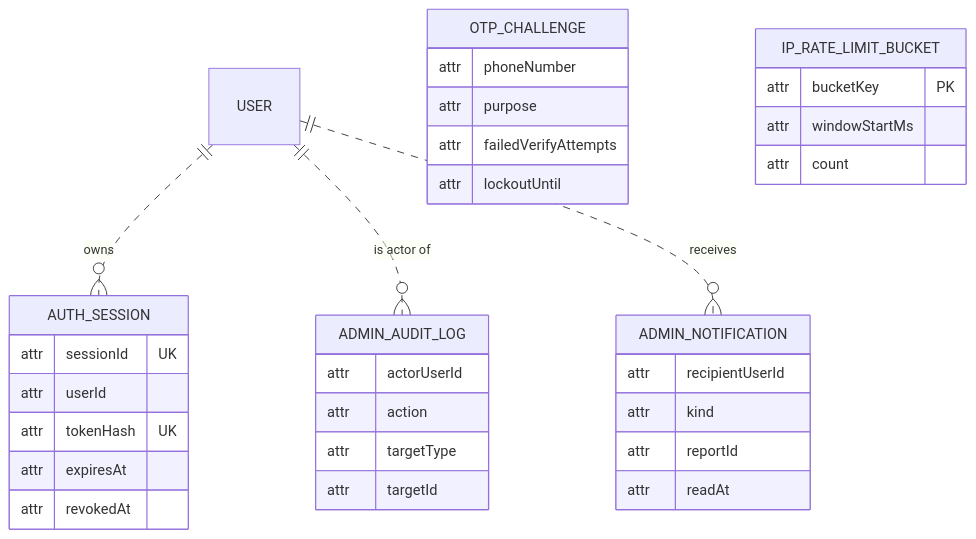
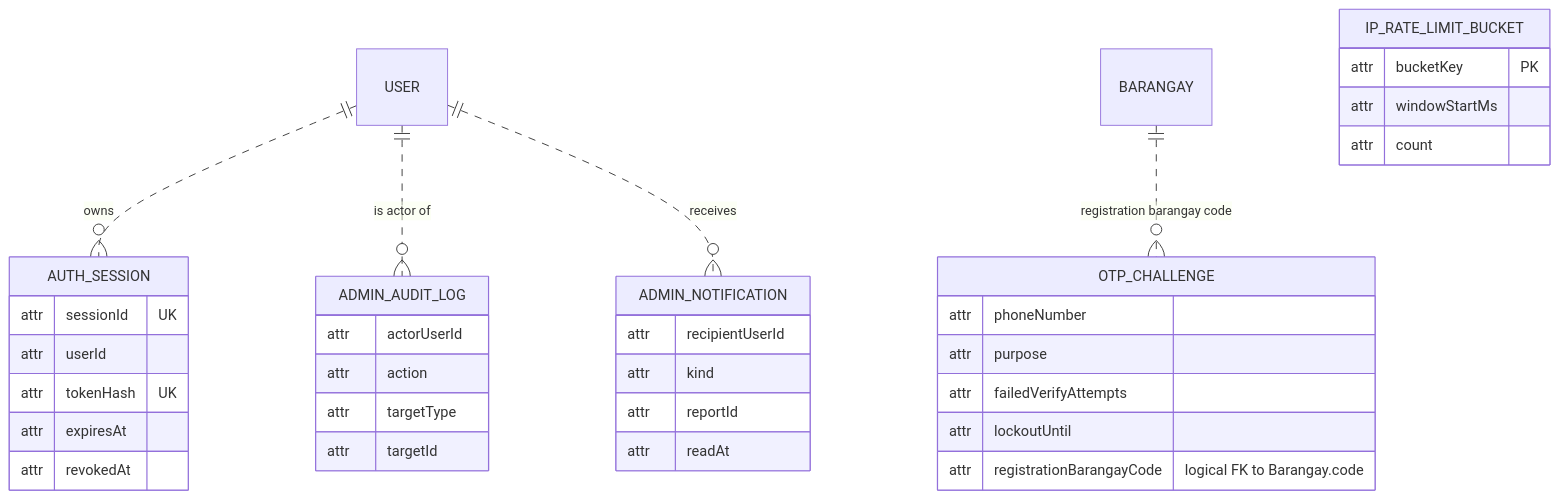
The fourth of 4 diagrams in docs/ERD.md (Jaymie-Lacson/Tugon), drawn with Mermaid before and after one commit. The commit also changed other lines of this file and 2 other files, not shown here.

Commit message:
fix(erd): implement tighter connections and relationships

````diff
--- a/docs/ERD.md
+++ b/docs/ERD.md
@@ -301,37 +305,39 @@
 ```mermaid
 erDiagram
     USER ||..o{ AUTH_SESSION : "owns"
     USER ||..o{ ADMIN_AUDIT_LOG : "is actor of"
     USER ||..o{ ADMIN_NOTIFICATION : "receives"
+    BARANGAY ||..o{ OTP_CHALLENGE : "registration barangay code"
 
     AUTH_SESSION {
         attr sessionId UK
         attr userId
         attr tokenHash UK
         attr expiresAt
         attr revokedAt
     }
     ADMIN_AUDIT_LOG {
         attr actorUserId
         attr action
         attr targetType
         attr targetId
     }
     ADMIN_NOTIFICATION {
         attr recipientUserId
         attr kind
         attr reportId
         attr readAt
     }
     OTP_CHALLENGE {
         attr phoneNumber
         attr purpose
         attr failedVerifyAttempts
         attr lockoutUntil
+        attr registrationBarangayCode "logical FK to Barangay.code"
     }
     IP_RATE_LIMIT_BUCKET {
         attr bucketKey PK
         attr windowStartMs
         attr count
     }
 ```
````
